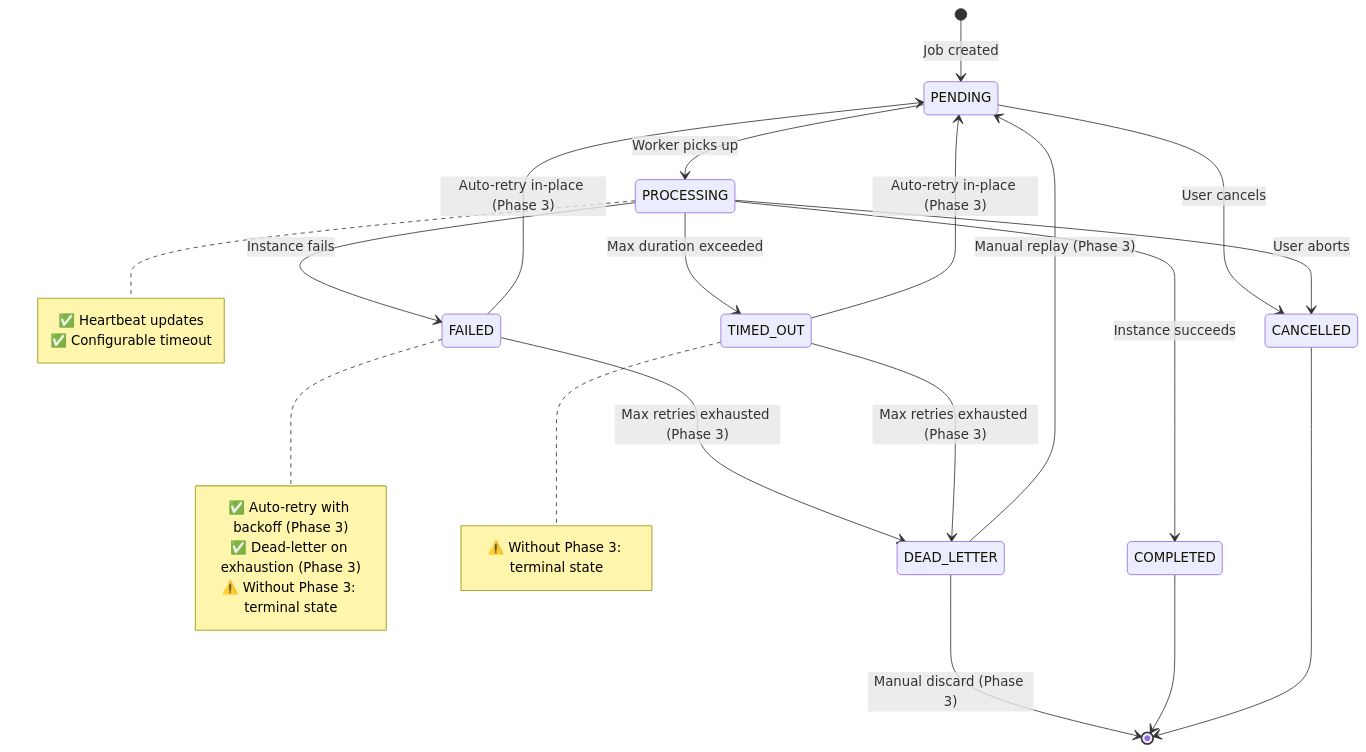
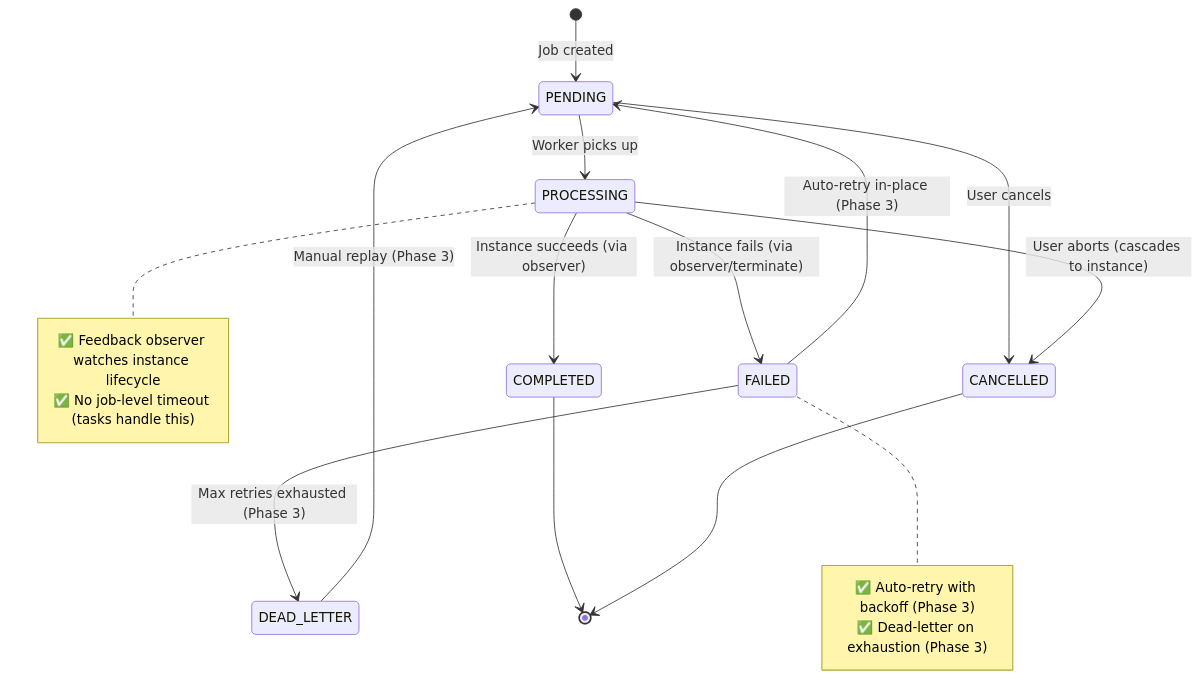
One commit to disillusioners/ensemble changed the third of 3 diagrams in .agents/shared/planning/job-system-improvements/plan-overview.md. Above: the diagram before and after it, drawn with Mermaid. The commit also changed other lines of this file and 8 other files, not shown here.

````diff
--- a/.agents/shared/planning/job-system-improvements/plan-overview.md
+++ b/.agents/shared/planning/job-system-improvements/plan-overview.md
@@ -225,38 +168,29 @@
 ```mermaid
 stateDiagram-v2
     [*] --> PENDING: Job created
 
     PENDING --> PROCESSING: Worker picks up
     PENDING --> CANCELLED: User cancels
 
-    PROCESSING --> COMPLETED: Instance succeeds
-    PROCESSING --> FAILED: Instance fails
-    PROCESSING --> TIMED_OUT: Max duration exceeded
-    PROCESSING --> CANCELLED: User aborts
+    PROCESSING --> COMPLETED: Instance succeeds (via observer)
+    PROCESSING --> FAILED: Instance fails (via observer/terminate)
+    PROCESSING --> CANCELLED: User aborts (cascades to instance)
 
     FAILED --> PENDING: Auto-retry in-place (Phase 3)
     FAILED --> DEAD_LETTER: Max retries exhausted (Phase 3)
-    TIMED_OUT --> PENDING: Auto-retry in-place (Phase 3)
-    TIMED_OUT --> DEAD_LETTER: Max retries exhausted (Phase 3)
 
     DEAD_LETTER --> PENDING: Manual replay (Phase 3)
-    DEAD_LETTER --> [*]: Manual discard (Phase 3)
 
     COMPLETED --> [*]
     CANCELLED --> [*]
 
     note right of PROCESSING
-        ✅ Heartbeat updates
-        ✅ Configurable timeout
+        ✅ Feedback observer watches instance lifecycle
+        ✅ No job-level timeout (tasks handle this)
     end note
 
     note right of FAILED
         ✅ Auto-retry with backoff (Phase 3)
         ✅ Dead-letter on exhaustion (Phase 3)
-        ⚠️ Without Phase 3: terminal state
-    end note
-
-    note right of TIMED_OUT
-        ⚠️ Without Phase 3: terminal state
     end note
 ```
````
